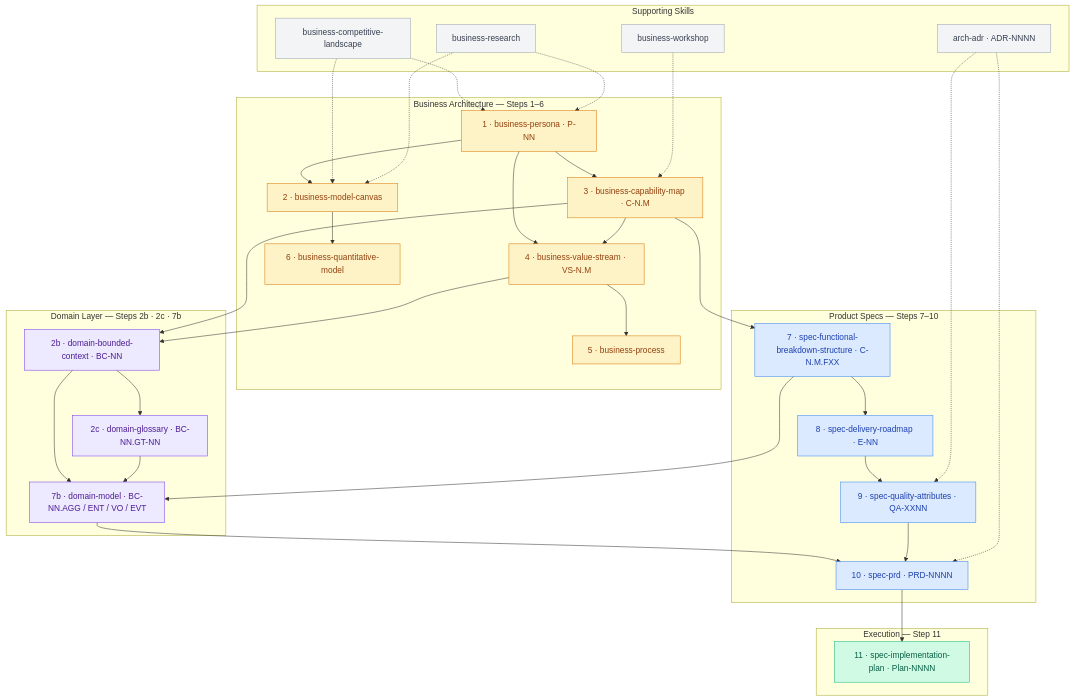
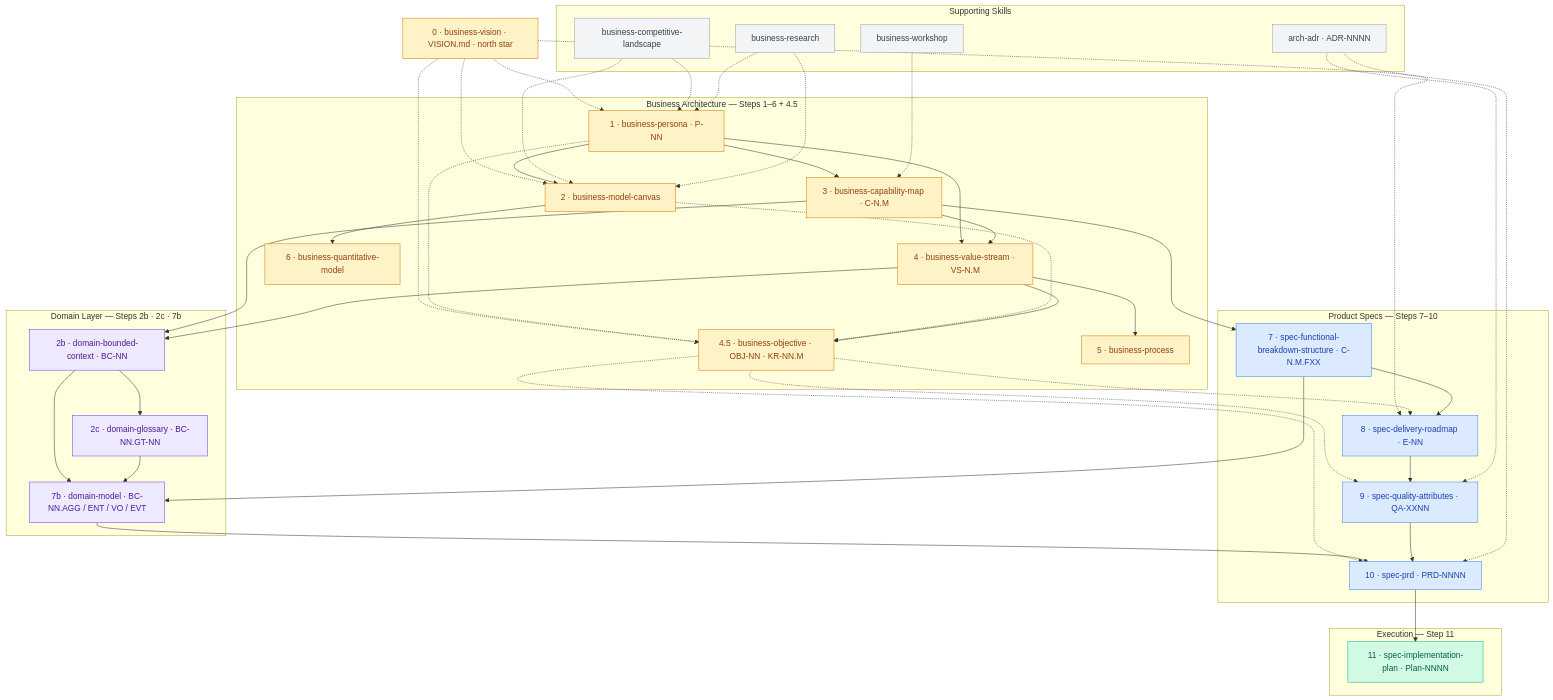
The first of 2 diagrams in README.md (VictorHueni/homemade-claude-kit), drawn with Mermaid before and after one commit. The commit also changed other lines of this file and 6 other files, not shown here.

First line of the commit message:
feat(metamodel): register business-vision (Step 0) and business-objective (Step 4.5) in stack

````diff
--- a/README.md
+++ b/README.md
@@ -15,67 +15,80 @@
 ```mermaid
 flowchart TD
     classDef business fill:#FEF3C7,stroke:#D97706,color:#92400E
     classDef domain   fill:#EDE9FE,stroke:#7C3AED,color:#4C1D95
     classDef specs    fill:#DBEAFE,stroke:#3B82F6,color:#1E40AF
     classDef delivery fill:#D1FAE5,stroke:#10B981,color:#065F46
     classDef support  fill:#F3F4F6,stroke:#9CA3AF,color:#374151
 
-    subgraph BA["Business Architecture — Steps 1–6"]
+    S0["0 · business-vision · VISION.md · north star"]:::business
+
+    subgraph BA["Business Architecture — Steps 1–6 + 4.5"]
         S1["1 · business-persona · P-NN"]:::business
         S2["2 · business-model-canvas"]:::business
         S3["3 · business-capability-map · C-N.M"]:::business
         S4["4 · business-value-stream · VS-N.M"]:::business
+        S4b["4.5 · business-objective · OBJ-NN · KR-NN.M"]:::business
         S5["5 · business-process"]:::business
         S6["6 · business-quantitative-model"]:::business
     end
 
     subgraph DOM["Domain Layer — Steps 2b · 2c · 7b"]
         S2b["2b · domain-bounded-context · BC-NN"]:::domain
         S2c["2c · domain-glossary · BC-NN.GT-NN"]:::domain
         S7b["7b · domain-model · BC-NN.AGG / ENT / VO / EVT"]:::domain
     end
 
     subgraph PS["Product Specs — Steps 7–10"]
         S7["7 · spec-functional-breakdown-structure · C-N.M.FXX"]:::specs
         S8["8 · spec-delivery-roadmap · E-NN"]:::specs
         S9["9 · spec-quality-attributes · QA-XXNN"]:::specs
         S10["10 · spec-prd · PRD-NNNN"]:::specs
     end
 
     subgraph EX["Execution — Step 11"]
         S11["11 · spec-implementation-plan · Plan-NNNN"]:::delivery
     end
 
     subgraph SUP["Supporting Skills"]
         ADR["arch-adr · ADR-NNNN"]:::support
         CL["business-competitive-landscape"]:::support
         RES["business-research"]:::support
         WS["business-workshop"]:::support
     end
 
+    S0 -.-> S1
+    S0 -.-> S2
+    S0 -.-> S4b
+    S0 -.-> S8
     S1 --> S2
     S1 --> S3
     S1 --> S4
     S3 --> S4
     S4 --> S5
     S2 --> S6
+    S1 -.-> S4b
+    S2 -.-> S4b
+    S4 --> S4b
+    S4b -.-> S8
+    S4b -.-> S9
+    S4b -.-> S10
     S3 --> S2b
     S4 --> S2b
     S2b --> S2c
     S2b --> S7b
     S3 --> S7
     S7 --> S7b
     S2c --> S7b
     S7 --> S8
     S7b --> S10
     S8 --> S9
     S9 --> S10
     S10 --> S11
     ADR -.-> S9
     ADR -.-> S10
     CL -.-> S1
     CL -.-> S2
     RES -.-> S1
     RES -.-> S2
     WS -.-> S3
 ```
````
